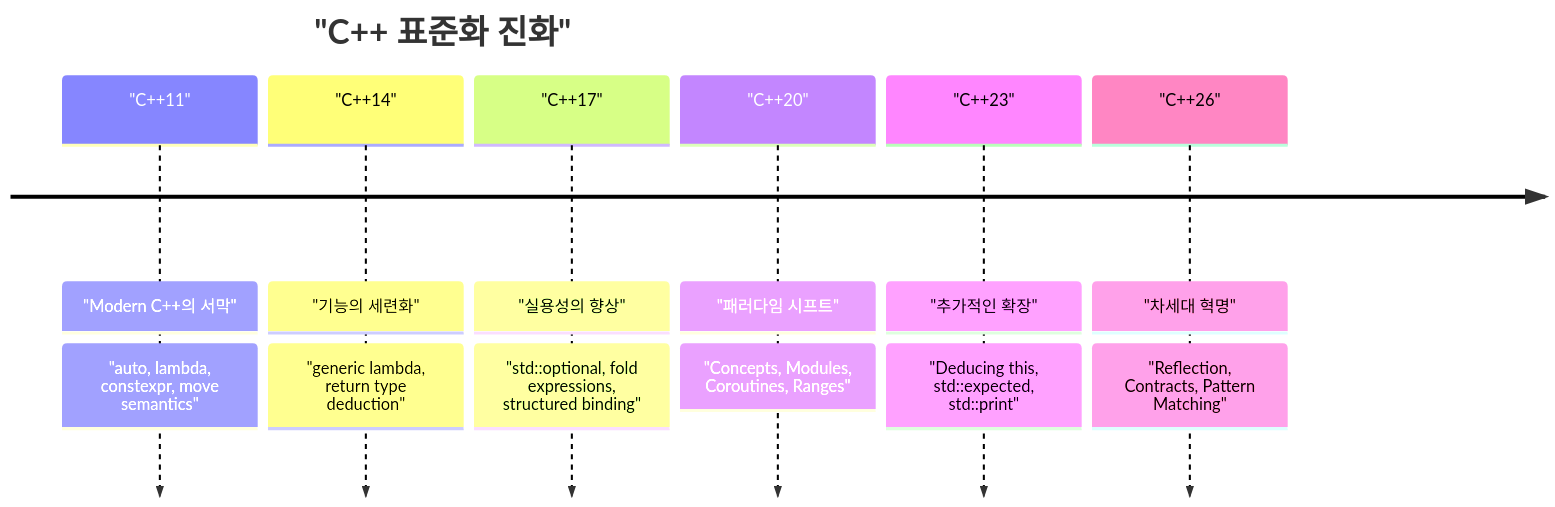
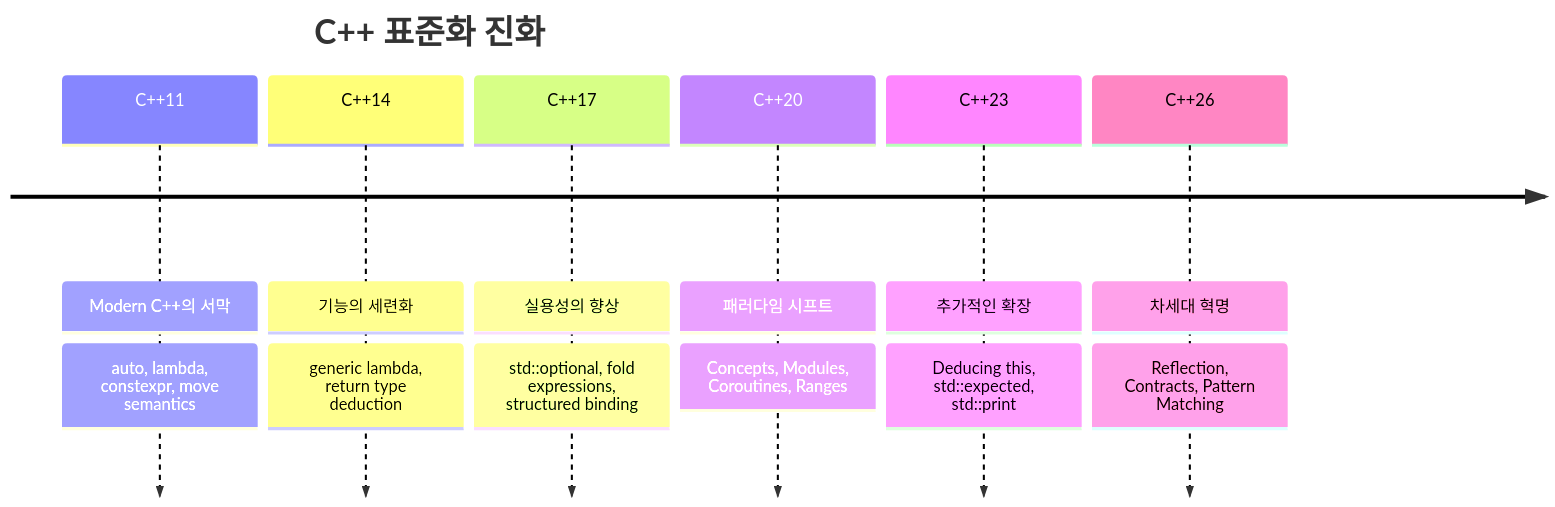
The first of 4 diagrams in content/post/cpp26新機能/index.ko.md (kenjinote/blog), drawn with Mermaid before and after one commit. The commit also changed other lines of this file and 703 other files, not shown here.

Commit message:
Fix: Remove quotes from Mermaid link texts and timeline definitions to support Mermaid 11.4.1

````diff
--- a/content/post/cpp26新機能/index.ko.md
+++ b/content/post/cpp26新機能/index.ko.md
@@ -20,10 +20,10 @@
 ```mermaid
 timeline
-    title "C++ 표준화 진화"
-    "C++11" : "Modern C++의 서막" : "auto, lambda, constexpr, move semantics"
-    "C++14" : "기능의 세련화" : "generic lambda, return type deduction"
-    "C++17" : "실용성의 향상" : "std::optional, fold expressions, structured binding"
-    "C++20" : "패러다임 시프트" : "Concepts, Modules, Coroutines, Ranges"
-    "C++23" : "추가적인 확장" : "Deducing this, std::expected, std::print"
-    "C++26" : "차세대 혁명" : "Reflection, Contracts, Pattern Matching"
+    title C++ 표준화 진화
+    C++11 : Modern C++의 서막 : auto, lambda, constexpr, move semantics
+    C++14 : 기능의 세련화 : generic lambda, return type deduction
+    C++17 : 실용성의 향상 : std::optional, fold expressions, structured binding
+    C++20 : 패러다임 시프트 : Concepts, Modules, Coroutines, Ranges
+    C++23 : 추가적인 확장 : Deducing this, std::expected, std::print
+    C++26 : 차세대 혁명 : Reflection, Contracts, Pattern Matching
 ```
````
